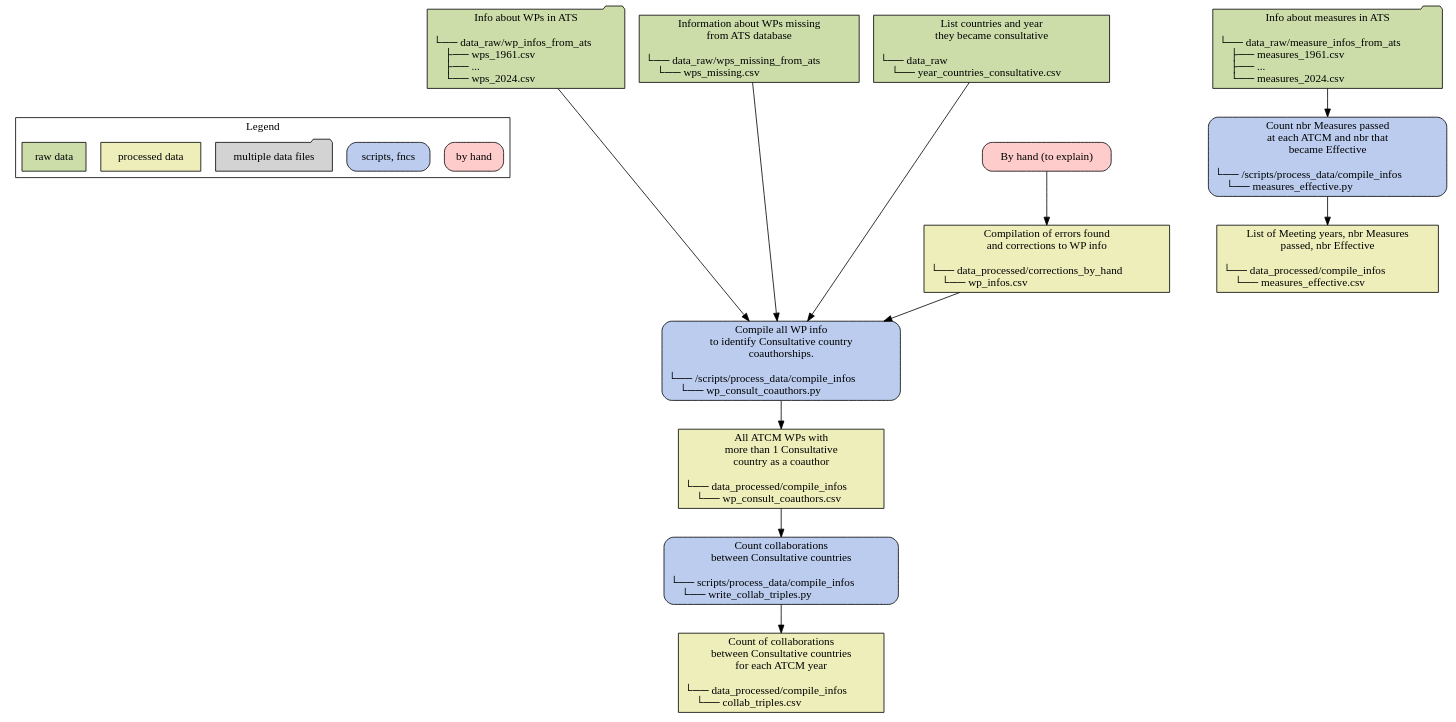
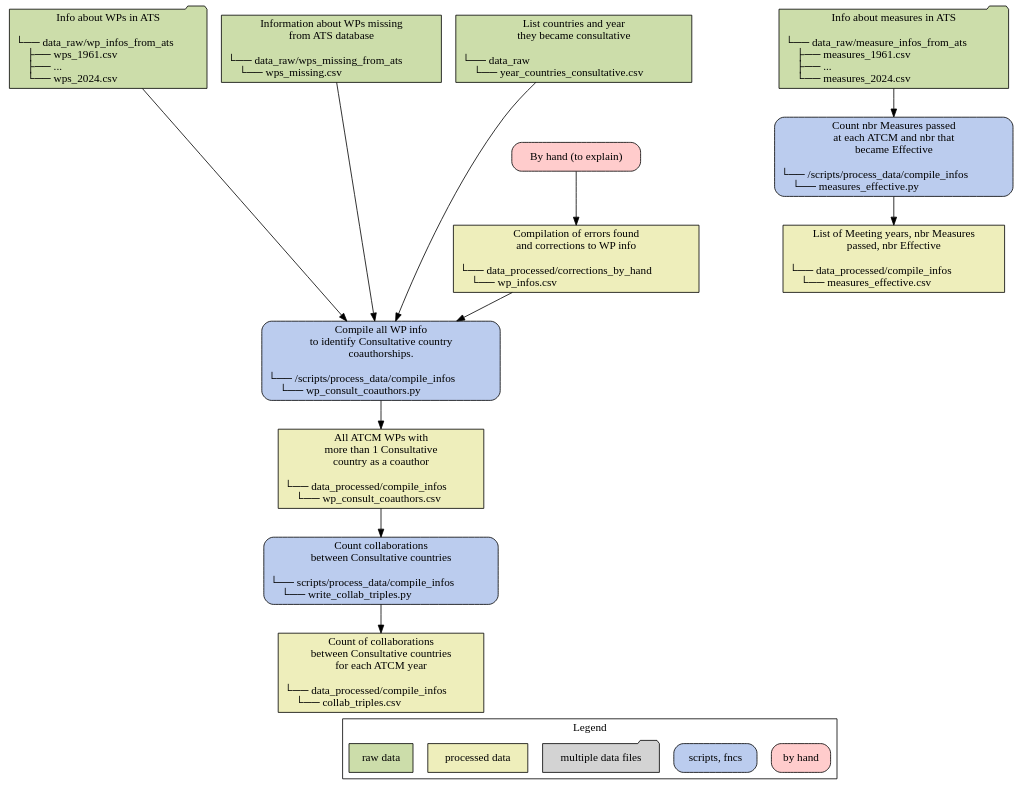
Before and after one commit to nadiahpk/antarctic-treaty-system-investigation: the diagram in docs/data_processed/data_processed.dot, drawn with Graphviz. The commit also changed 3 other files, not shown here.

```diff
--- a/docs/data_processed/data_processed.dot
+++ b/docs/data_processed/data_processed.dot
@@ -1,66 +1,69 @@
 digraph {
 	graph [rankdir=TD];
 	node [label="\N", shape=rectangle, color="black"];
 
     // legend - separate out at end
     subgraph cluster_legend {
         label="Legend";
         leg3 [label="by hand", fillcolor="#ffcccc", style="rounded, filled"];
         // leg5 [label="scripts, fncs w. LLM", fillcolor="#cceeff", style="rounded, filled"];
         leg2 [label="scripts, fncs", fillcolor="#bbccee", style="rounded, filled"];
         leg4 [label="multiple data files", fillcolor="lightgray", style="filled", shape=folder];
         leg1 [label="processed data", fillcolor="#eeeebb", style="filled"];
         leg0 [label="raw data", fillcolor="#ccddaa", style="filled"];
         {rank="same" leg1 leg0 leg4 leg2 leg3};
     }
 
     // nodes
     { // raw data
         rank="source"
         node [fillcolor="#ccddaa", style="filled"];
         wp_infos_ats [label="Info about WPs in ATS\n\l└── data_raw/wp_infos_from_ats\l     ├── wps_1961.csv\l     ├── ...\l     └── wps_2024.csv\l",shape="folder"];
         wps_missing_csv [label="Information about WPs missing\nfrom ATS database\n\l└── data_raw/wps_missing_from_ats\l     └── wps_missing.csv\l"];
         measure_infos_ats [label="Info about measures in ATS\n\l└── data_raw/measure_infos_from_ats\l     ├── measures_1961.csv\l     ├── ...\l     └── measures_2024.csv\l",shape="folder"];
         year_countries_consultative [label="List countries and year\nthey became consultative\n\l└── data_raw\l     └── year_countries_consultative.csv\l"];
         // measure_texts_ats [label="Full text of measures as\n found on ATS website\n\l├── measure_texts_from_ats\l│    ├── 1961\l│    │    ├── Recommendation_I.txt\l│    │    ├── Recommendation_II.txt\l│    │    ├── ...\l│    ├── ...\l│    ├── 2024\l",shape="folder"];
         // list_of_docs_pdf [label="Documents that provide\na list of documents\nsubmitted to each ATCM\n\l├── list_of_docs\l│    ├── list_of_docs_1961.pdf\l│    ├── ...\l│    ├── list_of_docs_2001.pdf\l",shape="folder"];
         // list_of_docs_csv [label="Info about each list of documents\nfound including nbr WPs listed.\n\n├── list_of_docs\l│    ├── list_of_docs.csv\l"];
         // wps_missing_template [label="A template listing year, meeting,\nID number of missing WPs.\n\nwps_missing_from_ats/\nwps_missing_template.csv"];
         // wp_pdfs [label="Working Paper PDFs\n\n└── wp_pdfs\l     ├── 1968\l     ├── 1989\l     ├── 1995\l     └── 1998\l",shape="folder"];
         // fr_pdfs [label="Final Report PDFs\n\n└── fr_pdfs\l     ├── ATCM1_fr001_e.pdf\l     ├── ...\l     └── ATCM45_fr001_e.pdf\l",shape="folder"];
         // ATCMs [label="List ATCMs incl. year, name\n\nATCMs.csv"];
     }
     { // scripts and functions
         node [style="rounded, filled"];
         { // No LLM
             node [fillcolor="#bbccee"];
             compile_wp_consult_coauthors [label="Compile all WP info\nto identify Consultative country\ncoauthorships.\n\l└── /scripts/process_data/compile_infos\l     └── wp_consult_coauthors.py\l"];
             compile_measures_effective [label="Count nbr Measures passed\nat each ATCM and nbr that\nbecame Effective\n\l└── /scripts/process_data/compile_infos\l     └── measures_effective.py\l"];
             write_collab_triples [label="Count collaborations\nbetween Consultative countries\n\l└── scripts/process_data/compile_infos\l     └── write_collab_triples.py\l"];
         }
         { // LLM
             node [fillcolor="#cceeff"];
         }
     }
     { // processed-data nodes
         node [fillcolor="#eeeebb", style="filled"];
         wp_consult_coauthors [label="All ATCM WPs with\nmore than 1 Consultative\ncountry as a coauthor\n\l└── data_processed/compile_infos\l     └── wp_consult_coauthors.csv\l"];
         corrns_wps [label="Compilation of errors found\nand corrections to WP info\n\l└── data_processed/corrections_by_hand\l     └── wp_infos.csv\l"];
         measures_effective [label="List of Meeting years, nbr Measures\npassed, nbr Effective\n\l└── data_processed/compile_infos\l     └── measures_effective.csv\l"];
         collab_triples [label="Count of collaborations\nbetween Consultative countries\nfor each ATCM year\n\l└── data_processed/compile_infos\l     └── collab_triples.csv\l"];
     }
     { // by hand
         node [fillcolor="#ffcccc", style="rounded, filled"];
         make_corrns_wps [label="By hand (to explain)"];
     }
     { // Result
         node [shape="plaintext"];
         // dot_graph [label="Graph of connections between\n WPs, Recs, past and future meetings", fontsize="16"];
     }
 
     // connections
     make_corrns_wps -> corrns_wps;
     {wp_infos_ats wps_missing_csv corrns_wps year_countries_consultative} -> compile_wp_consult_coauthors -> wp_consult_coauthors;
     measure_infos_ats -> compile_measures_effective -> measures_effective;
     wp_consult_coauthors -> write_collab_triples -> collab_triples;
+
+    // legend at bottom
+    collab_triples -> leg0 [style="invis"];
 }
```
